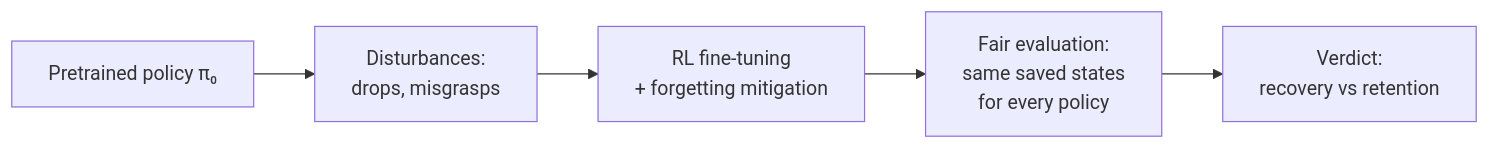
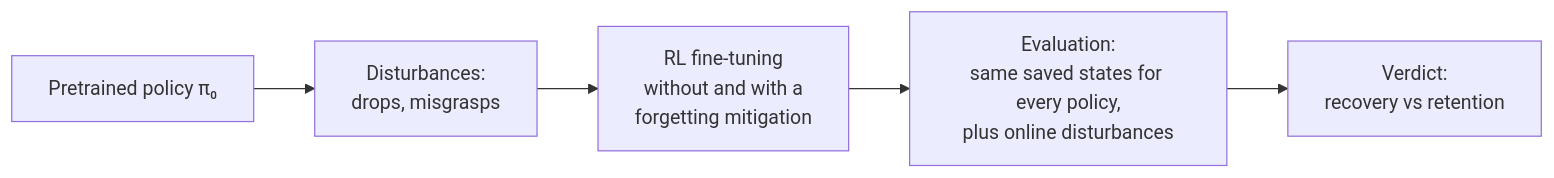
One commit to hongbinyang/afterslip changed the first of 8 diagrams in docs/architecture.md. Above: the diagram before and after it, drawn with Mermaid. The commit also changed other lines of this file, not shown here.

First line of the commit message:
Revise architecture overview after review

````diff
--- a/docs/architecture.md
+++ b/docs/architecture.md
@@ -9,7 +9,7 @@
 ```mermaid
 flowchart LR
     A["Pretrained policy π₀"] --> B["Disturbances:<br/>drops, misgrasps"]
-    B --> C["RL fine-tuning<br/>+ forgetting mitigation"]
-    C --> D["Fair evaluation:<br/>same saved states<br/>for every policy"]
+    B --> C["RL fine-tuning<br/>without and with a<br/>forgetting mitigation"]
+    C --> D["Evaluation:<br/>same saved states for every policy,<br/>plus online disturbances"]
     D --> E["Verdict:<br/>recovery vs retention"]
 ```
````
